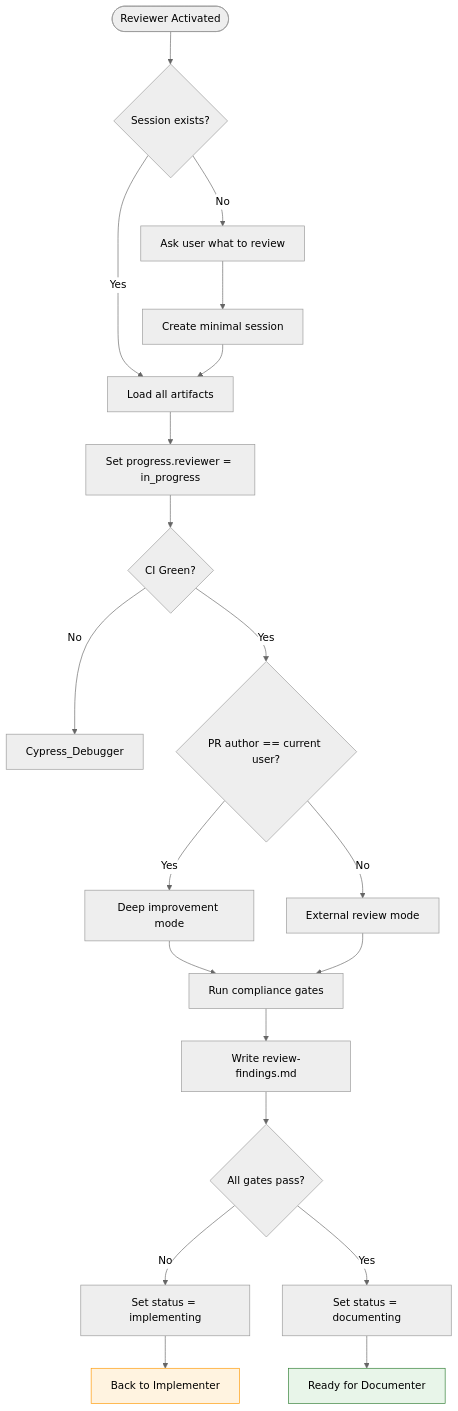
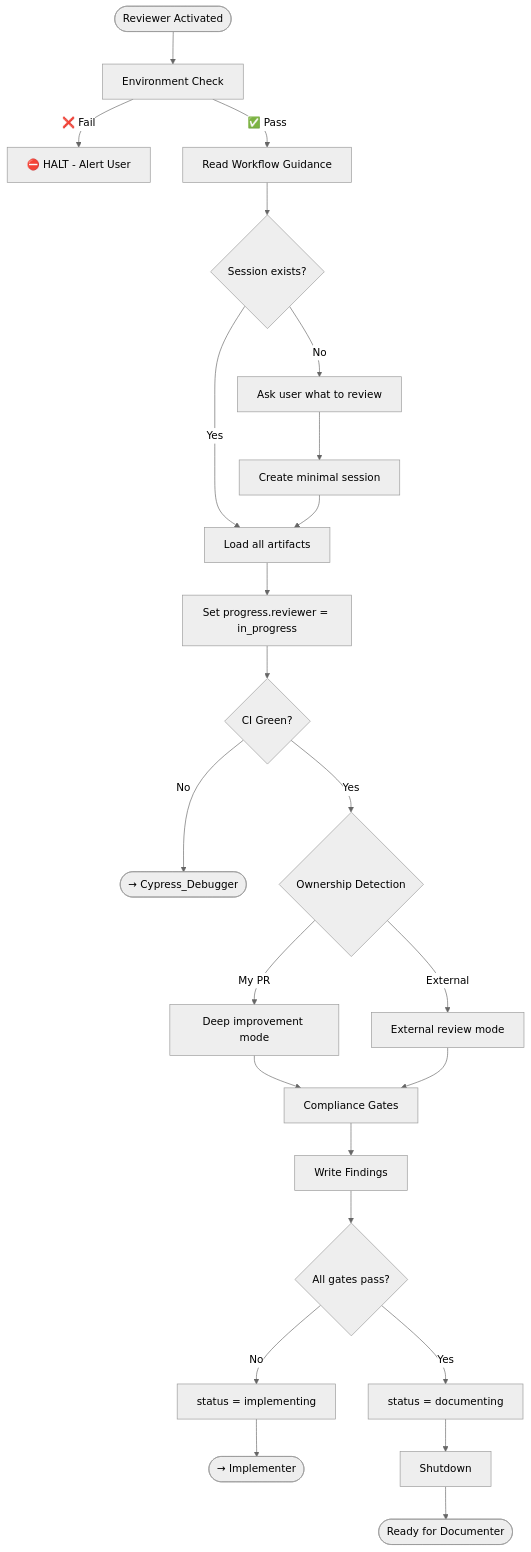
Before and after one commit to department-of-veterans-affairs/vets-website: the diagram in .github/agents/reviewer.agent.md, drawn with Mermaid (neutral theme). The commit also changed other lines of this file and 7 other files, not shown here.

Commit message:
Lock in flows, be more explicit about environment guard

````diff
--- a/.github/agents/reviewer.agent.md
+++ b/.github/agents/reviewer.agent.md
@@ -57,29 +119,31 @@
 ```mermaid
 flowchart TD
-    Start([Reviewer Activated]) --> LoadArtifacts{Session exists?}
-    LoadArtifacts -->|No| AskUser[Ask user what to review]
-    LoadArtifacts -->|Yes| ReadSession[Load all artifacts]
+    Start([Reviewer Activated]) --> EnvCheck[Environment Check]
+    EnvCheck -->|❌ Fail| Halt[⛔ HALT - Alert User]
+    EnvCheck -->|✅ Pass| Guidance[Read Workflow Guidance]
+    
+    Guidance --> SessionCheck{Session exists?}
+    SessionCheck -->|No| AskUser[Ask user what to review]
+    SessionCheck -->|Yes| LoadSession[Load all artifacts]
     AskUser --> CreateSession[Create minimal session]
-    CreateSession --> ReadSession
+    CreateSession --> LoadSession
     
-    ReadSession --> UpdateProgress[Set progress.reviewer = in_progress]
-    UpdateProgress --> CI{CI Green?}
-    CI -->|No| Cypress_Debugger
-    CI -->|Yes| Ownership{PR author == current user?}
+    LoadSession --> UpdateProgress[Set progress.reviewer = in_progress]
+    UpdateProgress --> CICheck{CI Green?}
+    CICheck -->|No| Cypress_Debugger([→ Cypress_Debugger])
+    CICheck -->|Yes| Ownership{Ownership Detection}
     
-    Ownership -->|Yes| DeepMy[Deep improvement mode]
-    Ownership -->|No| Polite[External review mode]
+    Ownership -->|My PR| DeepMode[Deep improvement mode]
+    Ownership -->|External| PoliteMode[External review mode]
     
-    DeepMy & Polite --> Gates[Run compliance gates]
-    Gates --> WriteFindings[Write review-findings.md]
-    WriteFindings --> Final{All gates pass?}
+    DeepMode & PoliteMode --> Gates[Compliance Gates]
+    Gates --> WriteFindings[Write Findings]
+    WriteFindings --> Result{All gates pass?}
     
-    Final -->|No| SetFail[Set status = implementing]
-    SetFail --> Implementer[Back to Implementer]
+    Result -->|No| NeedsFix[status = implementing]
+    NeedsFix --> Implementer([→ Implementer])
     
-    Final -->|Yes| SetPass[Set status = documenting]
-    SetPass --> Documenter[Ready for Documenter]
-    
-    style Documenter fill:#e8f5e9,stroke:#2e7d32
-    style Implementer fill:#fff3e0,stroke:#ff9800
+    Result -->|Yes| Approved[status = documenting]
+    Approved --> Shutdown[Shutdown]
+    Shutdown --> Done([Ready for Documenter])
 ```
````
